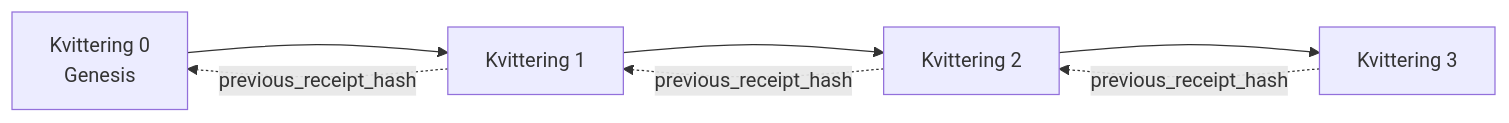
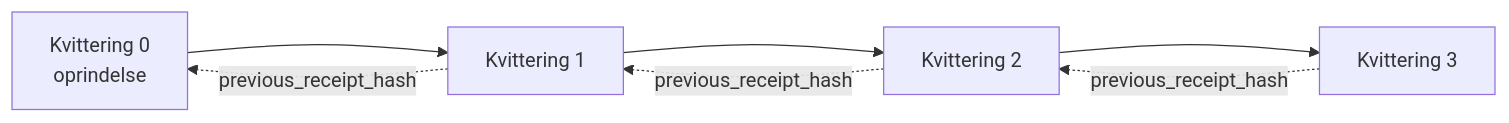
Before and after one commit to gabrielmoreira/agent-skills-mirror: the second of 2 diagrams in mirrors/repos/microsoft@ai-agents-for-beginners/translations/da/18-securing-ai-agents/README.md, drawn with Mermaid. The commit also changed other lines of this file and 2285 other files, not shown here.

````diff
--- a/mirrors/repos/microsoft@ai-agents-for-beginners/translations/da/18-securing-ai-agents/README.md
+++ b/mirrors/repos/microsoft@ai-agents-for-beginners/translations/da/18-securing-ai-agents/README.md
@@ -206,9 +206,9 @@
 ```mermaid
 flowchart LR
-    R0[Kvittering 0<br/>Genesis] --> R1[Kvittering 1]
+    R0[Kvittering 0<br/>oprindelse] --> R1[Kvittering 1]
     R1 --> R2[Kvittering 2]
     R2 --> R3[Kvittering 3]
     R1 -. previous_receipt_hash .-> R0
     R2 -. previous_receipt_hash .-> R1
     R3 -. previous_receipt_hash .-> R2
 ```
````
